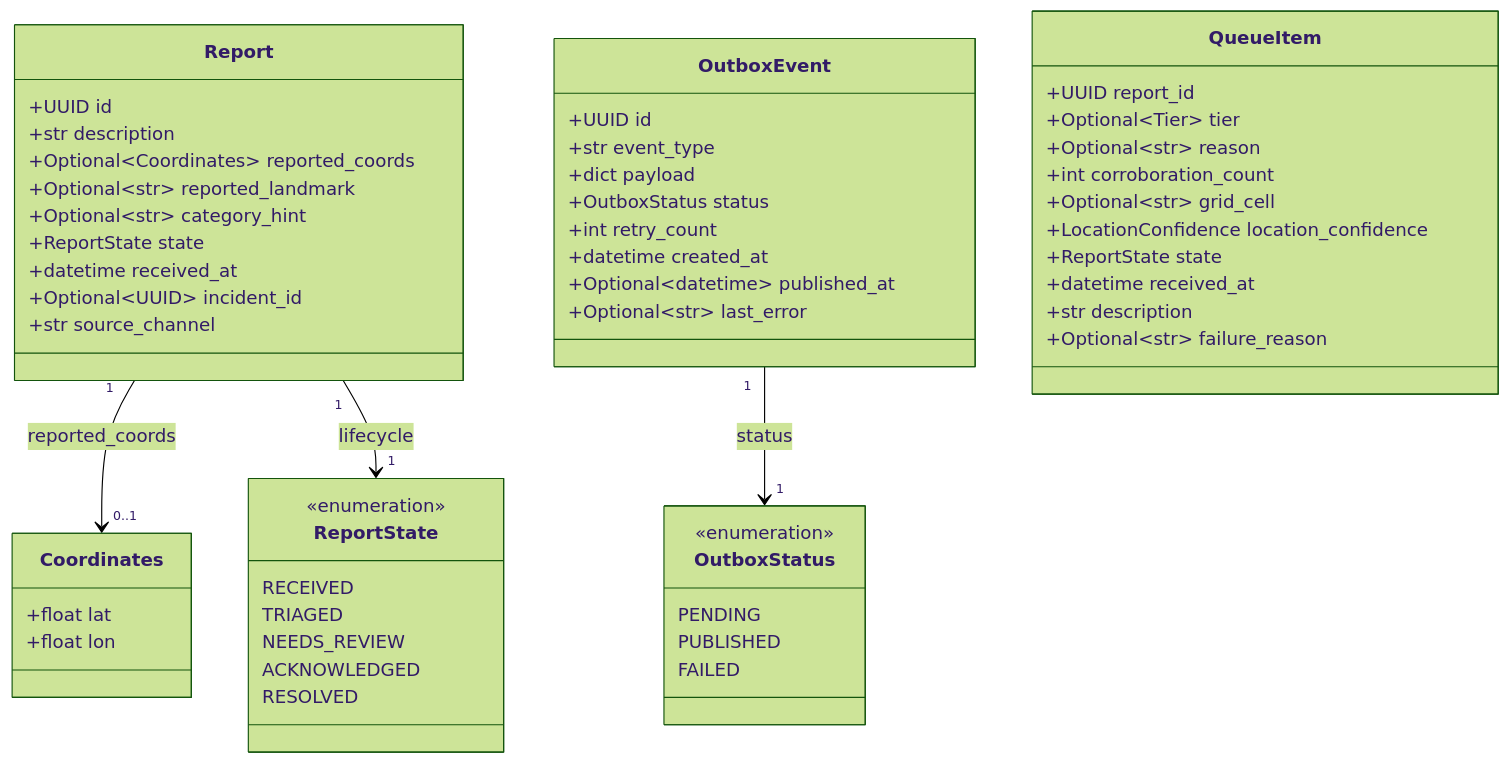
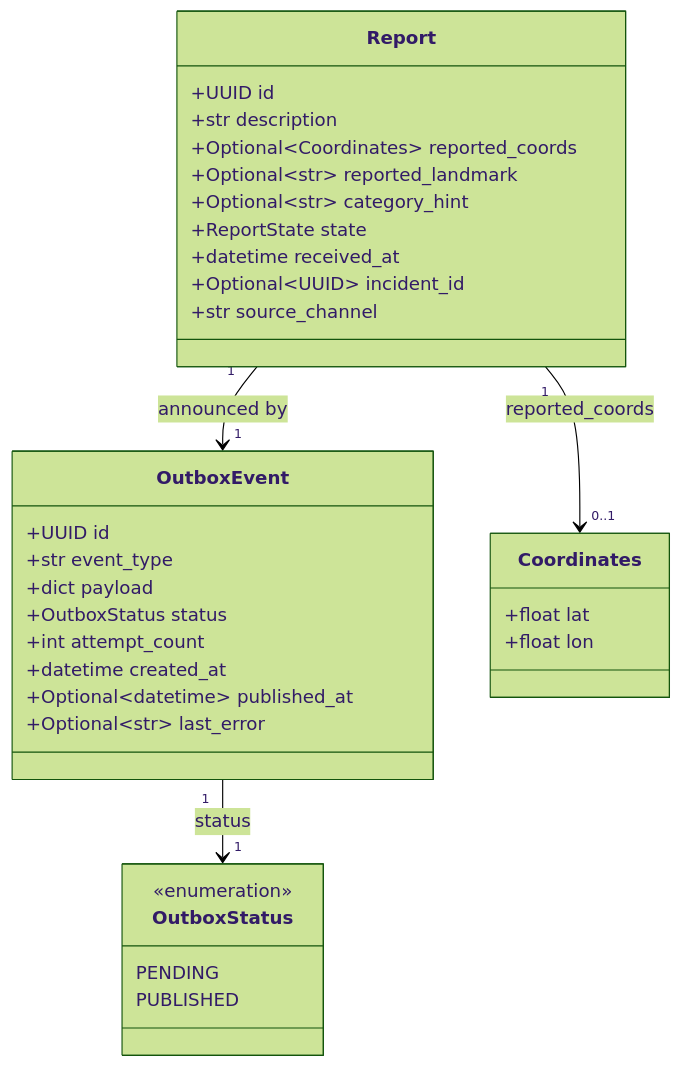
Before and after one commit to Katlego-tech/Grid-Lock: the first of 4 diagrams in docs/design/ingest.md, drawn with Mermaid (forest theme). The commit also changed other lines of this file and 4 other files, not shown here.

````diff
--- a/docs/design/ingest.md
+++ b/docs/design/ingest.md
@@ -37,63 +42,40 @@
 ```mermaid
 classDiagram
     class Report {
         +UUID id
         +str description
         +Optional~Coordinates~ reported_coords
         +Optional~str~ reported_landmark
         +Optional~str~ category_hint
         +ReportState state
         +datetime received_at
         +Optional~UUID~ incident_id
         +str source_channel
     }
 
     class OutboxEvent {
         +UUID id
         +str event_type
         +dict payload
         +OutboxStatus status
-        +int retry_count
+        +int attempt_count
         +datetime created_at
         +Optional~datetime~ published_at
         +Optional~str~ last_error
+    }
+
+    class OutboxStatus {
+        <<enumeration>>
+        PENDING
+        PUBLISHED
     }
 
     class Coordinates {
         +float lat
         +float lon
     }
 
-    class ReportState {
-        <<enumeration>>
-        RECEIVED
-        TRIAGED
-        NEEDS_REVIEW
-        ACKNOWLEDGED
-        RESOLVED
-    }
-
-    class OutboxStatus {
-        <<enumeration>>
-        PENDING
-        PUBLISHED
-        FAILED
-    }
-
-    class QueueItem {
-        +UUID report_id
-        +Optional~Tier~ tier
-        +Optional~str~ reason
-        +int corroboration_count
-        +Optional~str~ grid_cell
-        +LocationConfidence location_confidence
-        +ReportState state
-        +datetime received_at
-        +str description
-        +Optional~str~ failure_reason
-    }
-
     Report "1" --> "0..1" Coordinates : reported_coords
-    Report "1" --> "1" ReportState : lifecycle
+    Report "1" --> "1" OutboxEvent : announced by
     OutboxEvent "1" --> "1" OutboxStatus : status
 ```
````
